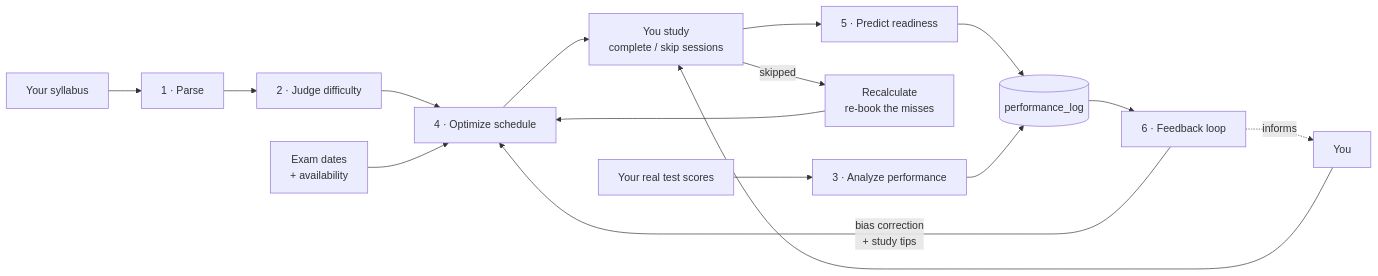
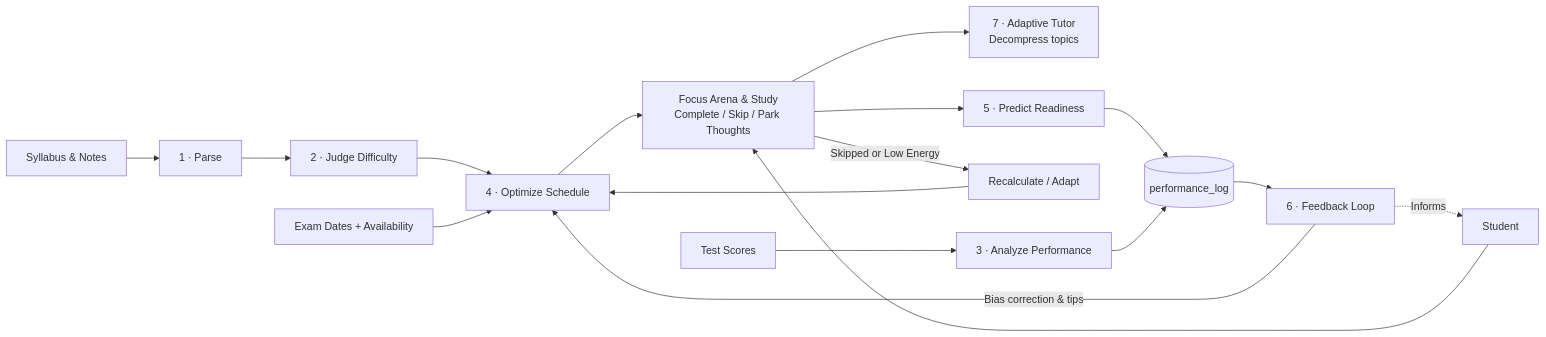
One commit to Ramcharan-Tej-S/SADHANA1.0 changed the fifth of 6 diagrams in README.md. Above: the diagram before and after it, drawn with Mermaid. The commit also changed other lines of this file, not shown here.

````diff
--- a/README.md
+++ b/README.md
@@ -501,18 +402,19 @@
 ```mermaid
 graph LR
-    U["Your syllabus"] --> A1["1 · Parse"]
-    A1 --> A2["2 · Judge difficulty"]
-    A2 --> A4["4 · Optimize schedule"]
-    EX["Exam dates<br/>+ availability"] --> A4
-    A4 --> ST["You study<br/>complete / skip sessions"]
-    ST --> A5["5 · Predict readiness"]
+    U["Syllabus & Notes"] --> A1["1 · Parse"]
+    A1 --> A2["2 · Judge Difficulty"]
+    A2 --> A4["4 · Optimize Schedule"]
+    EX["Exam Dates + Availability"] --> A4
+    A4 --> ST["Focus Arena & Study<br/>Complete / Skip / Park Thoughts"]
+    ST --> A7["7 · Adaptive Tutor<br/>Decompress topics"]
+    ST --> A5["5 · Predict Readiness"]
     A5 --> LOG[("performance_log")]
-    ST -->|"skipped"| RC["Recalculate<br/>re-book the misses"]
+    ST -->|"Skipped or Low Energy"| RC["Recalculate / Adapt"]
     RC --> A4
-    TS["Your real test scores"] --> A3["3 · Analyze performance"]
+    TS["Test Scores"] --> A3["3 · Analyze Performance"]
     A3 --> LOG
-    LOG --> A6["6 · Feedback loop"]
-    A6 -->|"bias correction<br/>+ study tips"| A4
-    A6 -.->|"informs"| YOU["You"]
+    LOG --> A6["6 · Feedback Loop"]
+    A6 -->|"Bias correction & tips"| A4
+    A6 -.->|"Informs"| YOU["Student"]
     YOU --> ST
 ```
````
